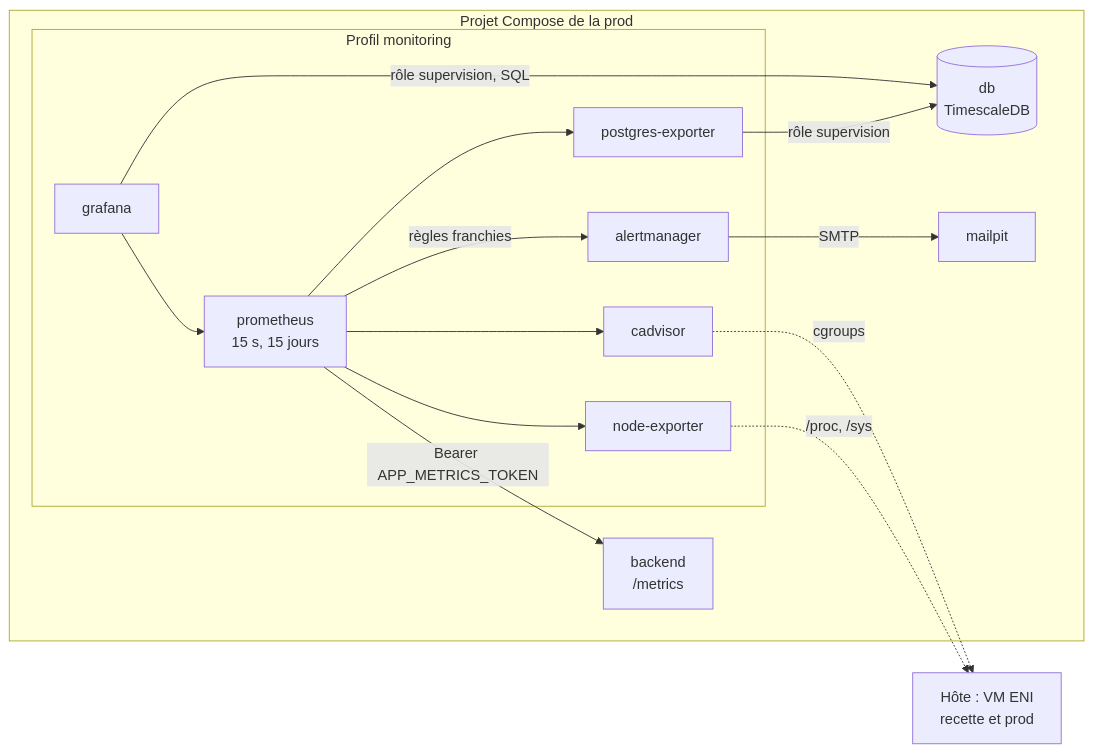
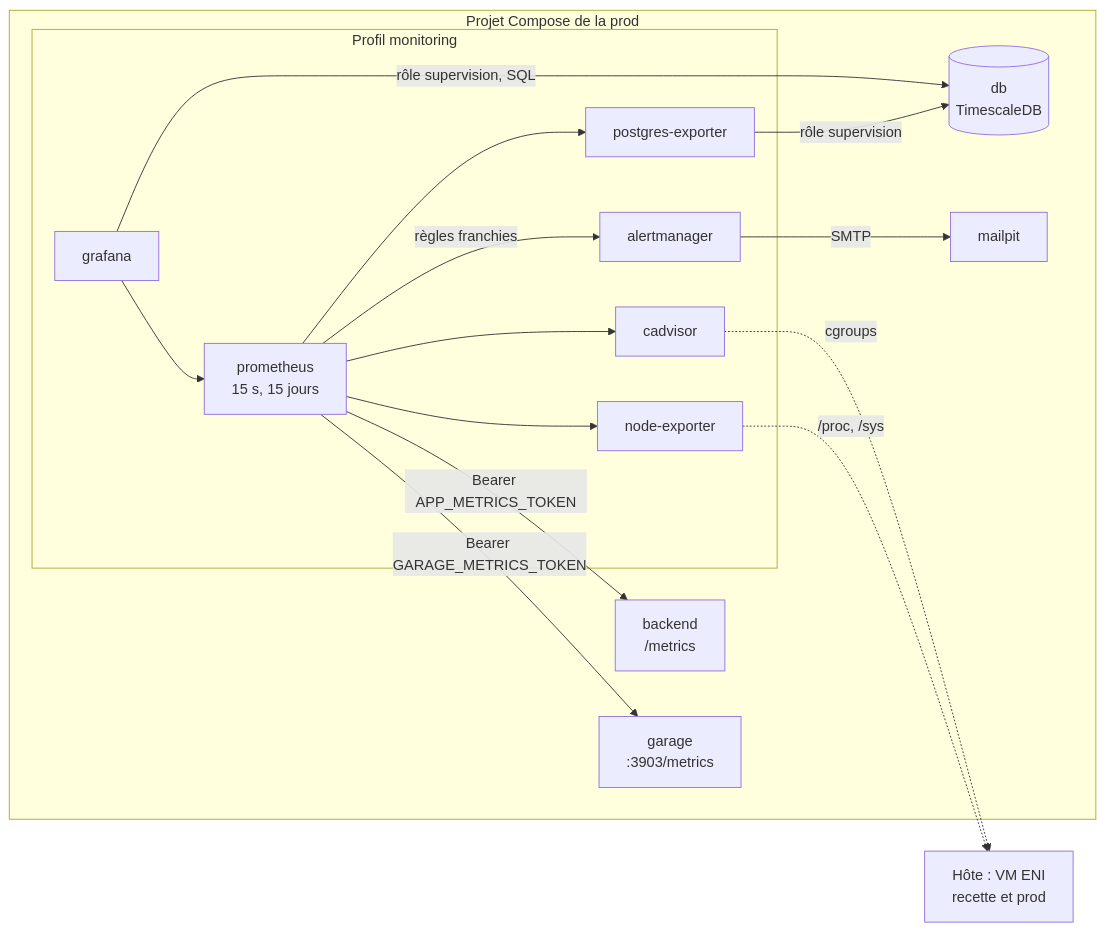
One commit to ineszang/ProjetPiscine_EnerVision changed the diagram in docs/architecture/60-observabilite.md. Above: the diagram before and after it, drawn with Mermaid. The commit also changed other lines of this file and 18 other files, not shown here.

````diff
--- a/docs/architecture/60-observabilite.md
+++ b/docs/architecture/60-observabilite.md
@@ -17,28 +17,31 @@
 ```mermaid
 flowchart LR
   subgraph projet["Projet Compose de la prod"]
     api["backend<br/>/metrics"]
     db[("db<br/>TimescaleDB")]
     mail["mailpit"]
+
+    garage["garage<br/>:3903/metrics"]
 
     subgraph sup["Profil monitoring"]
       prom["prometheus<br/>15 s, 15 jours"]
       am["alertmanager"]
       graf["grafana"]
       pge["postgres-exporter"]
       node["node-exporter"]
       cad["cadvisor"]
     end
   end
 
   hote["Hôte : VM ENI<br/>recette et prod"]
 
   prom -->|"Bearer APP_METRICS_TOKEN"| api
   prom --> pge & node & cad
+  prom -->|"Bearer GARAGE_METRICS_TOKEN"| garage
   pge -->|"rôle supervision"| db
   node -.->|"/proc, /sys"| hote
   cad -.->|"cgroups"| hote
   prom -->|"règles franchies"| am -->|"SMTP"| mail
   graf --> prom
   graf -->|"rôle supervision, SQL"| db
 ```
````
